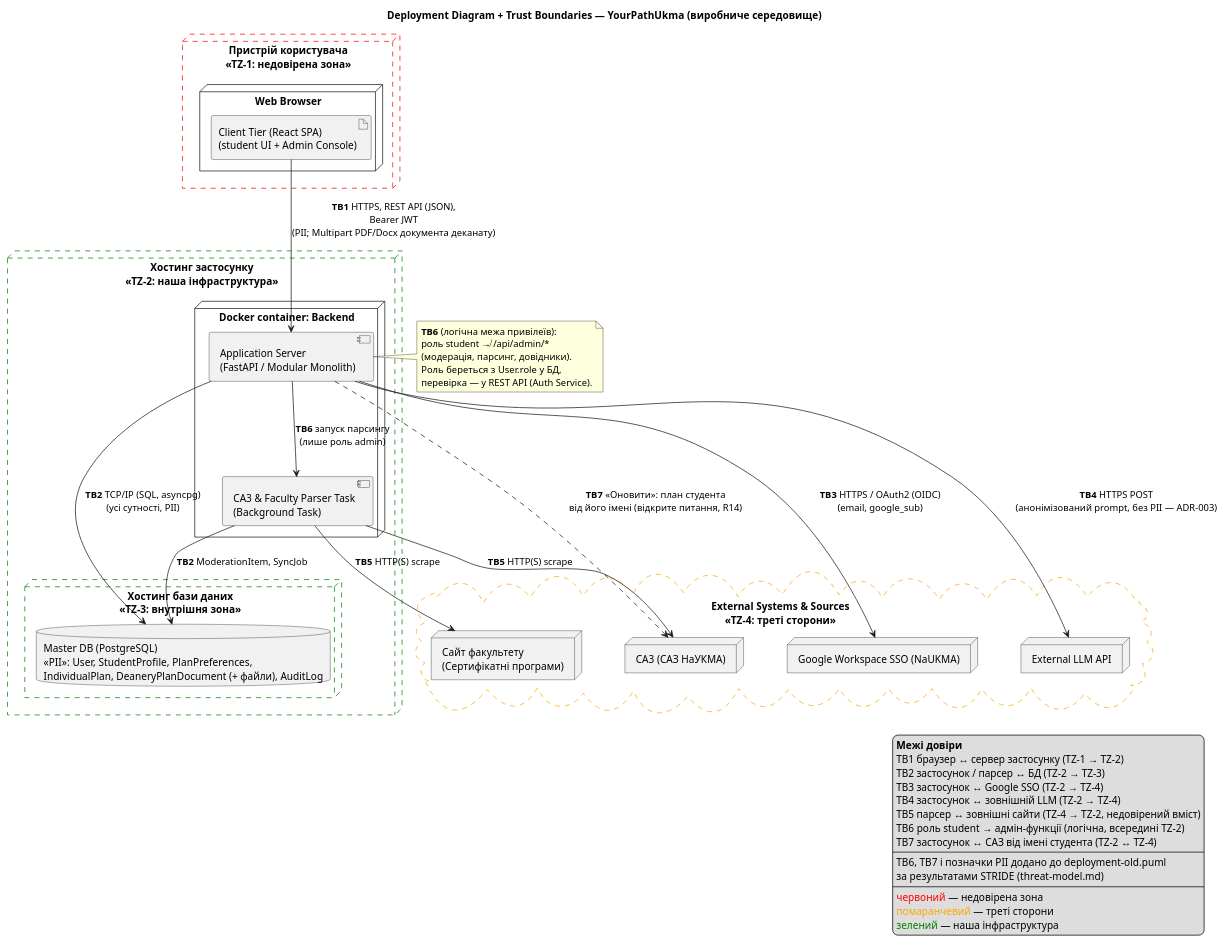
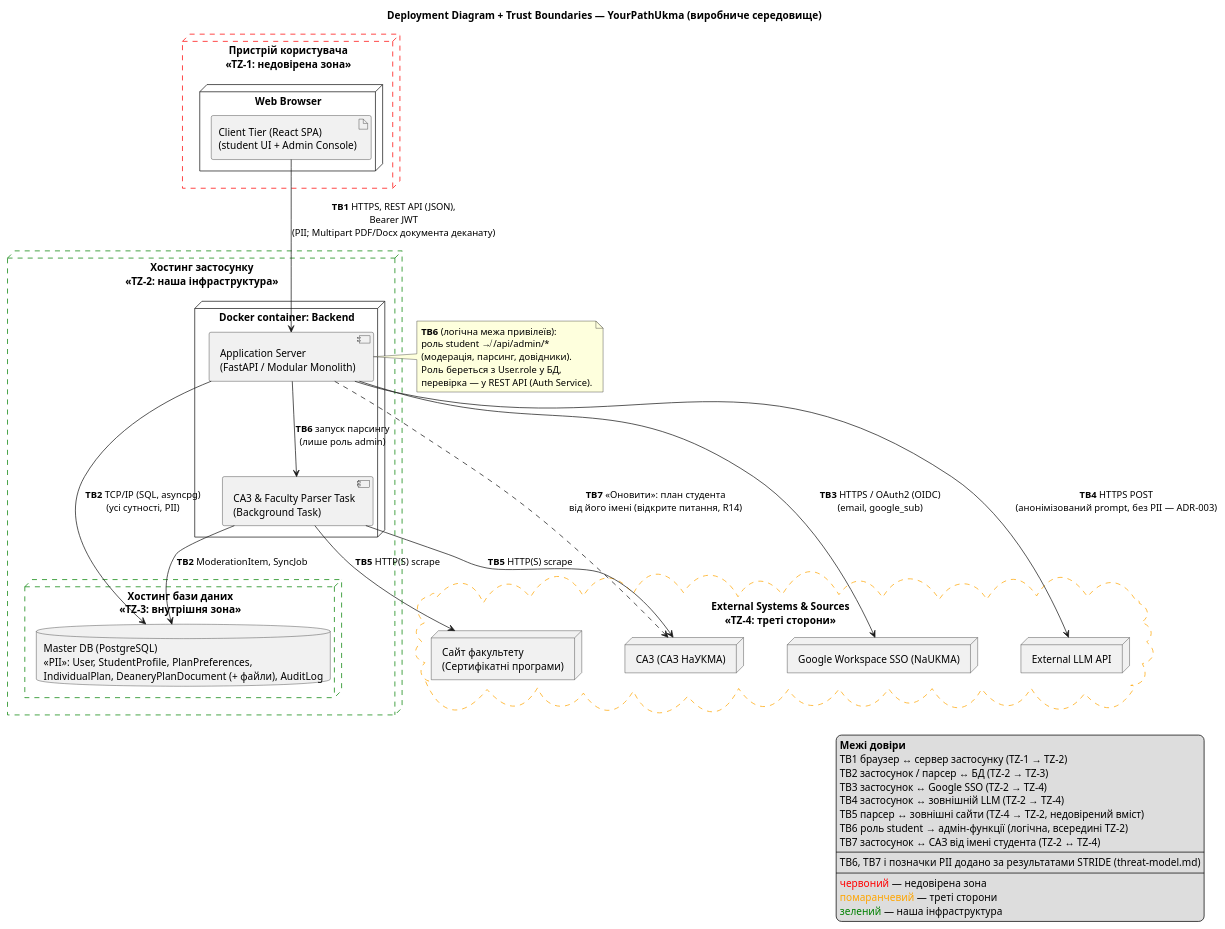
Before and after one commit to ukma-fin-ssdm-2026/YourPathUkma: the diagram in docs/architecture/uml/deployment.puml, drawn with PlantUML. The commit also changed 13 other files, not shown here.

```diff
--- a/docs/architecture/uml/deployment.puml
+++ b/docs/architecture/uml/deployment.puml
@@ -1,75 +1,72 @@
 @startuml
-' Використання ШІ: створено за допомогою Claude на основі первинної діаграми (../../deployment-old.puml), перевірено та відрендерено в PlantUML.
 ' Deployment diagram + межі довіри для STRIDE (threat-model.md).
-' Вузли, зони TZ-1…TZ-4 і межі TB1…TB5 — без змін із deployment-old.puml.
 ' Додано за результатами STRIDE-аналізу:
 '   TB6 — логічна межа привілеїв student → admin усередині Application Server;
 '   TB7 — «Оновити»: синхронізація плану з САЗ від імені студента (відкрите питання, R14);
 '   на зв'язках позначено, які чутливі дані (PII) перетинають межу;
-'   кольорові пунктирні рамки зон: червона — недовірена, помаранчева — треті сторони, зелена — наша.
+'   кольорoві пунктирні рамки зон: червона — недовірена, помаранчева — треті сторони, зелена — наша.
 top to bottom direction
 skinparam componentStyle uml2
 skinparam nodesep 60
 skinparam ranksep 80
 
 title Deployment Diagram + Trust Boundaries — YourPathUkma (виробниче середовище)
 
 node "Пристрій користувача\n<<TZ-1: недовірена зона>>" as ClientZone #line:red;line.dashed;line.bold {
   node "Web Browser" as Browser {
     artifact "Client Tier (React SPA)\n(student UI + Admin Console)" as SPA
   }
 }
 
 node "Хостинг застосунку\n<<TZ-2: наша інфраструктура>>" as Host #line:green;line.dashed;line.bold {
   node "Docker container: Backend" as BackendNode {
     component "Application Server\n(FastAPI / Modular Monolith)" as App
     component "CA3 & Faculty Parser Task\n(Background Task)" as Parser
   }
   node "Хостинг бази даних\n<<TZ-3: внутрішня зона>>" as DBNode #line:green;line.dashed;line.bold {
     database "Master DB (PostgreSQL)\n<<PII>>: User, StudentProfile, PlanPreferences,\nIndividualPlan, DeaneryPlanDocument (+ файли), AuditLog" as DB
   }
 }
 
 cloud "External Systems & Sources\n<<TZ-4: треті сторони>>" as Ext #line:orange;line.dashed;line.bold {
   node "Google Workspace SSO (NaUKMA)" as Google
   node "External LLM API" as LLM
   node "CA3 (САЗ НаУКМА)" as CA3
   node "Сайт факультету\n(Сертифікатні програми)" as Faculty
 }
 
 note right of App
   **TB6** (логічна межа привілеїв):
   роль student ↛ /api/admin/*
   (модерація, парсинг, довідники).
   Роль береться з User.role у БД,
   перевірка — у REST API (Auth Service).
 end note
 
 SPA --> App : **TB1** HTTPS, REST API (JSON),\nBearer JWT\n(PII; Multipart PDF/Docx документа деканату)
 App --> DB : **TB2** TCP/IP (SQL, asyncpg)\n(усі сутності, PII)
 App --> Google : **TB3** HTTPS / OAuth2 (OIDC)\n(email, google_sub)
 App --> LLM : **TB4** HTTPS POST\n(анонімізований prompt, без PII — ADR-003)
 App --> Parser : **TB6** запуск парсингу\n(лише роль admin)
 Parser --> CA3 : **TB5** HTTP(S) scrape
 Parser --> Faculty : **TB5** HTTP(S) scrape
 Parser --> DB : **TB2** ModerationItem, SyncJob
 App ..> CA3 : **TB7** «Оновити»: план студента\nвід його імені (відкрите питання, R14)
 
 legend right
   **Межі довіри**
   TB1 браузер ↔ сервер застосунку (TZ-1 → TZ-2)
   TB2 застосунок / парсер ↔ БД (TZ-2 → TZ-3)
   TB3 застосунок ↔ Google SSO (TZ-2 → TZ-4)
   TB4 застосунок ↔ зовнішній LLM (TZ-2 → TZ-4)
   TB5 парсер ↔ зовнішні сайти (TZ-4 → TZ-2, недовірений вміст)
   TB6 роль student → адмін-функції (логічна, всередині TZ-2)
   TB7 застосунок ↔ САЗ від імені студента (TZ-2 ↔ TZ-4)
   ----
-  TB6, TB7 і позначки PII додано до deployment-old.puml
-  за результатами STRIDE (threat-model.md)
+  TB6, TB7 і позначки PII додано за результатами STRIDE (threat-model.md)
   ----
   <color:red>червоний</color> — недовірена зона
   <color:orange>помаранчевий</color> — треті сторони
   <color:green>зелений</color> — наша інфраструктура
 end legend
 @enduml
```
